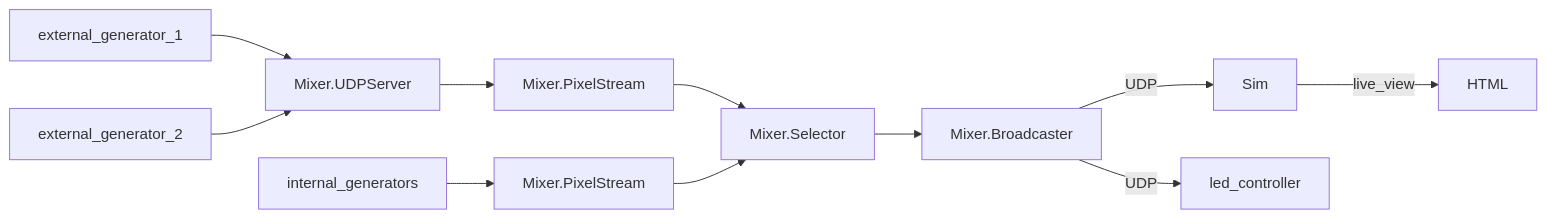
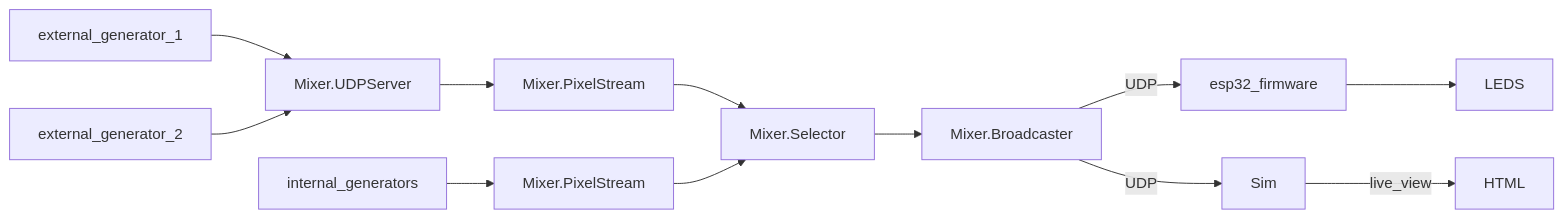
One commit to blinkenlights/polychrome changed the diagram in README.md. Above: the diagram before and after it, drawn with Mermaid. The commit also changed 3 other files, not shown here.

Commit message:
update schema, vender elixir plugin, update architecture

````diff
--- a/README.md
+++ b/README.md
@@ -6,17 +6,18 @@
 ```mermaid
 graph LR
   external_generator_1 --> server
   external_generator_2 --> server
   server[Mixer.UDPServer] --> stream_1
   stream_1[Mixer.PixelStream] -->  mixer 
   
   internal_generators --> stream_2
   stream_2[Mixer.PixelStream] --> mixer 
 
   mixer[Mixer.Selector]-->broadcast
 
+  broadcast-->|UDP|esp32_firmware
+  esp32_firmware-->LEDS
+
   broadcast[Mixer.Broadcaster] --> |UDP| sim
   sim[Sim]-->|live_view| live[HTML]
-
-  broadcast-->|UDP|led_controller
 ```
````
